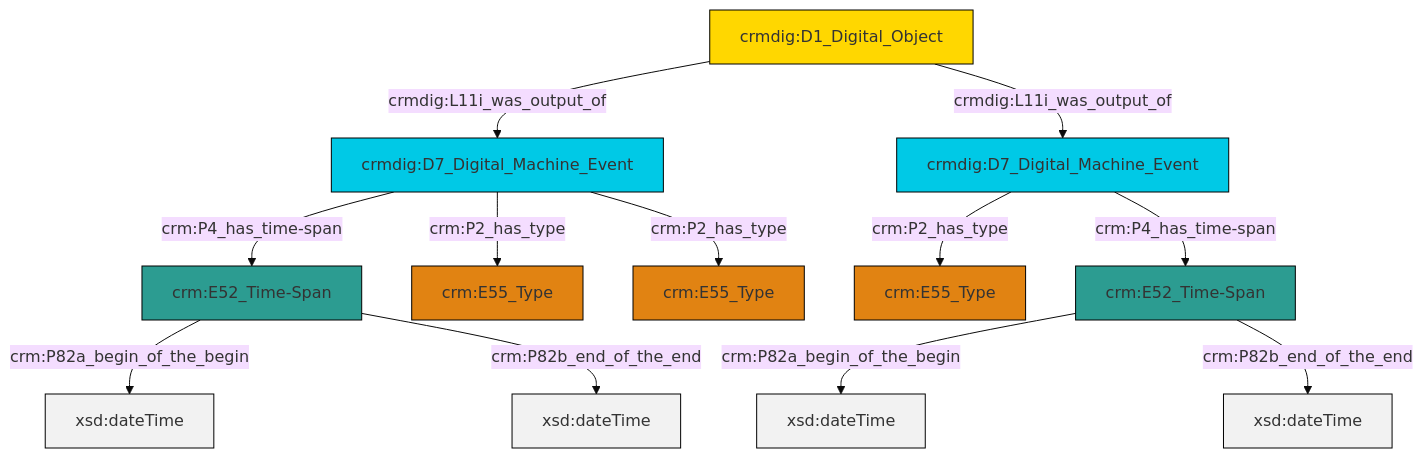
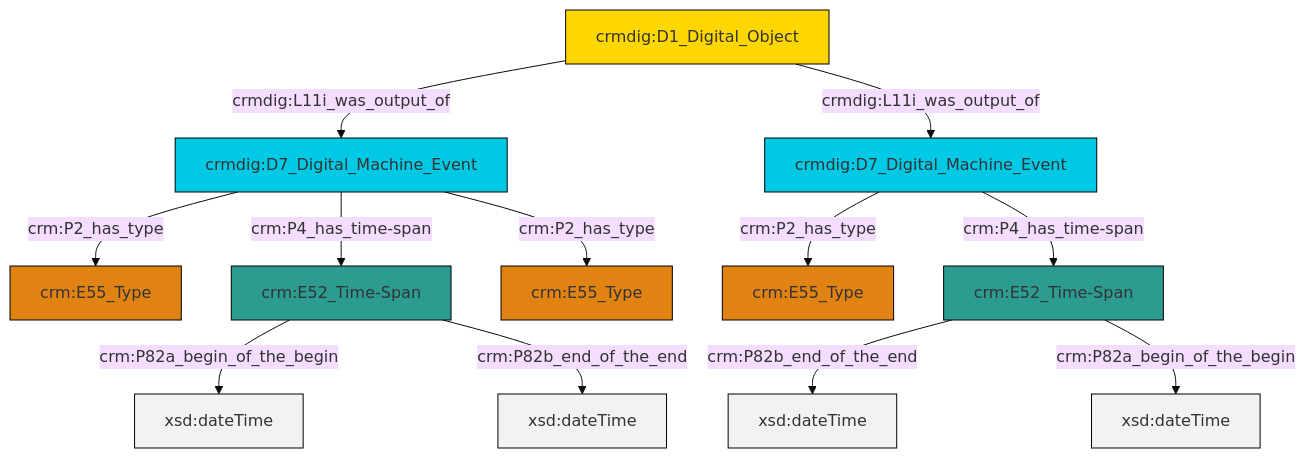
One commit to swiss-art-research-net/docs.swissartresearch changed the diagram in et/doCSV/ttl/mmd/do_existence.ttl.mmd. Above: the diagram before and after it, drawn with Mermaid (base theme). The commit also changed 178 other files, not shown here.

```diff
--- a/et/doCSV/ttl/mmd/do_existence.ttl.mmd
+++ b/et/doCSV/ttl/mmd/do_existence.ttl.mmd
@@ -1,26 +1,26 @@
 graph TD
 classDef Literal fill:#f2f2f2,stroke:#000000;
 classDef CRM_Entity fill:#FFFFFF,stroke:#000000;
 classDef Temporal_Entity fill:#00C9E6, stroke:#000000;
 classDef Type fill:#E18312, stroke:#000000;
 classDef Time-Span fill:#2C9C91, stroke:#000000;
 classDef Appellation fill:#FFEB7F, stroke:#000000;
 classDef Place fill:#008836, stroke:#000000;
 classDef Persistent_Item fill:#B266B2, stroke:#000000;
 classDef Conceptual_Object fill:#FFD700, stroke:#000000;
 classDef Physical_Thing fill:#D2B48C, stroke:#000000;
 classDef Actor fill:#f58aad, stroke:#000000;
 classDef PC_Classes fill:#4ce600, stroke:#000000;
 classDef Multi fill:#cccccc,stroke:#000000;
 
-0["crmdig:D7_Digital_Machine_Event"]:::Temporal_Entity -->|crm:P4_has_time-span| 1["crm:E52_Time-Span"]:::Time-Span
-1["crm:E52_Time-Span"]:::Time-Span -->|crm:P82a_begin_of_the_begin| 6[xsd:dateTime]:::Literal
-8["crmdig:D7_Digital_Machine_Event"]:::Temporal_Entity -->|crm:P2_has_type| 9["crm:E55_Type"]:::Type
-1["crm:E52_Time-Span"]:::Time-Span -->|crm:P82b_end_of_the_end| 12[xsd:dateTime]:::Literal
-2["crmdig:D1_Digital_Object"]:::Conceptual_Object -->|crmdig:L11i_was_output_of| 8["crmdig:D7_Digital_Machine_Event"]:::Temporal_Entity
-17["crm:E52_Time-Span"]:::Time-Span -->|crm:P82a_begin_of_the_begin| 18[xsd:dateTime]:::Literal
-8["crmdig:D7_Digital_Machine_Event"]:::Temporal_Entity -->|crm:P4_has_time-span| 17["crm:E52_Time-Span"]:::Time-Span
-0["crmdig:D7_Digital_Machine_Event"]:::Temporal_Entity -->|crm:P2_has_type| 10["crm:E55_Type"]:::Type
-8["crmdig:D7_Digital_Machine_Event"]:::Temporal_Entity -->|crm:P2_has_type| 4["crm:E55_Type"]:::Type
-17["crm:E52_Time-Span"]:::Time-Span -->|crm:P82b_end_of_the_end| 20[xsd:dateTime]:::Literal
-2["crmdig:D1_Digital_Object"]:::Conceptual_Object -->|crmdig:L11i_was_output_of| 0["crmdig:D7_Digital_Machine_Event"]:::Temporal_Entity
+2["crmdig:D7_Digital_Machine_Event"]:::Temporal_Entity -->|crm:P2_has_type| 4["crm:E55_Type"]:::Type
+2["crmdig:D7_Digital_Machine_Event"]:::Temporal_Entity -->|crm:P4_has_time-span| 5["crm:E52_Time-Span"]:::Time-Span
+2["crmdig:D7_Digital_Machine_Event"]:::Temporal_Entity -->|crm:P2_has_type| 9["crm:E55_Type"]:::Type
+0["crmdig:D7_Digital_Machine_Event"]:::Temporal_Entity -->|crm:P2_has_type| 6["crm:E55_Type"]:::Type
+12["crm:E52_Time-Span"]:::Time-Span -->|crm:P82b_end_of_the_end| 13[xsd:dateTime]:::Literal
+0["crmdig:D7_Digital_Machine_Event"]:::Temporal_Entity -->|crm:P4_has_time-span| 12["crm:E52_Time-Span"]:::Time-Span
+12["crm:E52_Time-Span"]:::Time-Span -->|crm:P82a_begin_of_the_begin| 14[xsd:dateTime]:::Literal
+5["crm:E52_Time-Span"]:::Time-Span -->|crm:P82a_begin_of_the_begin| 16[xsd:dateTime]:::Literal
+5["crm:E52_Time-Span"]:::Time-Span -->|crm:P82b_end_of_the_end| 18[xsd:dateTime]:::Literal
+21["crmdig:D1_Digital_Object"]:::Conceptual_Object -->|crmdig:L11i_was_output_of| 2["crmdig:D7_Digital_Machine_Event"]:::Temporal_Entity
+21["crmdig:D1_Digital_Object"]:::Conceptual_Object -->|crmdig:L11i_was_output_of| 0["crmdig:D7_Digital_Machine_Event"]:::Temporal_Entity
```
